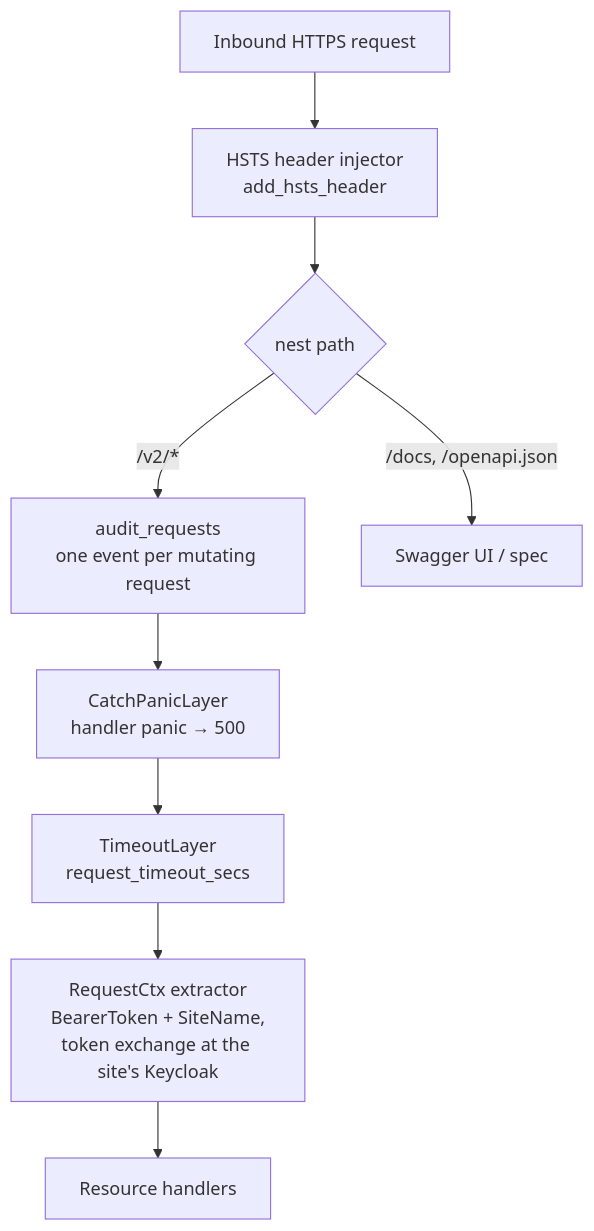
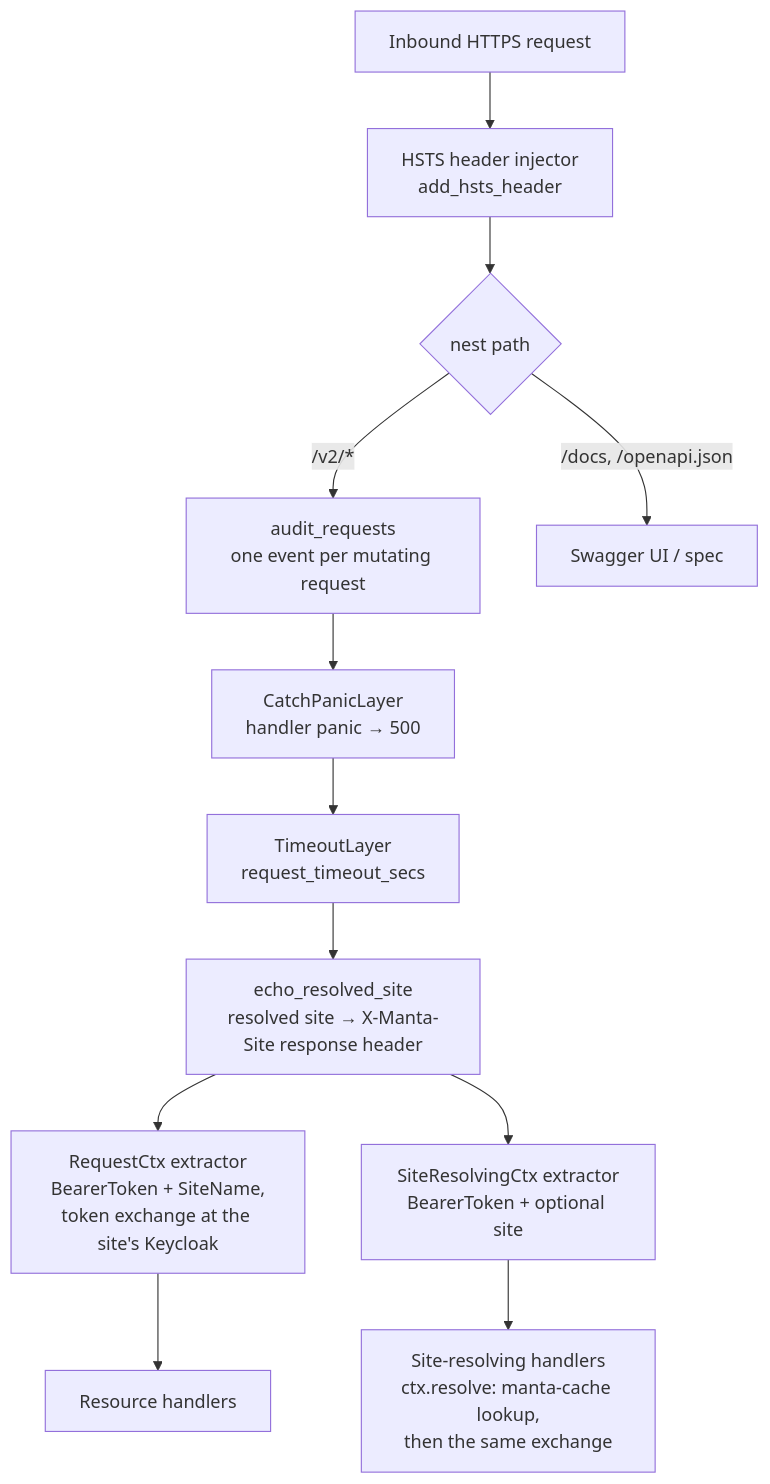
The third of 3 diagrams in ARCHITECTURE.md (eth-cscs/manta), drawn with Mermaid before and after one commit. The commit also changed other lines of this file and 7 other files, not shown here.

````diff
--- a/ARCHITECTURE.md
+++ b/ARCHITECTURE.md
@@ -349,13 +352,16 @@
 ```mermaid
 flowchart TD
     Req[Inbound HTTPS request] --> HSTS[HSTS header injector<br/>add_hsts_header]
     HSTS --> Split{nest path}
 
     Split -->|/v2/*| Aud[audit_requests<br/>one event per mutating request]
     Aud --> Panic[CatchPanicLayer<br/>handler panic → 500]
     Panic --> Tmo[TimeoutLayer<br/>request_timeout_secs]
-    Tmo --> Ctx[RequestCtx extractor<br/>BearerToken + SiteName,<br/>token exchange at the site's Keycloak]
+    Tmo --> Echo[echo_resolved_site<br/>resolved site → X-Manta-Site response header]
+    Echo --> Ctx[RequestCtx extractor<br/>BearerToken + SiteName,<br/>token exchange at the site's Keycloak]
     Ctx --> Hdlr[Resource handlers]
+    Echo --> RCtx[SiteResolvingCtx extractor<br/>BearerToken + optional site]
+    RCtx --> RHdlr[Site-resolving handlers<br/>ctx.resolve: manta-cache lookup,<br/>then the same exchange]
 
     Split -->|/docs, /openapi.json| Swagger[Swagger UI / spec]
 ```
````
